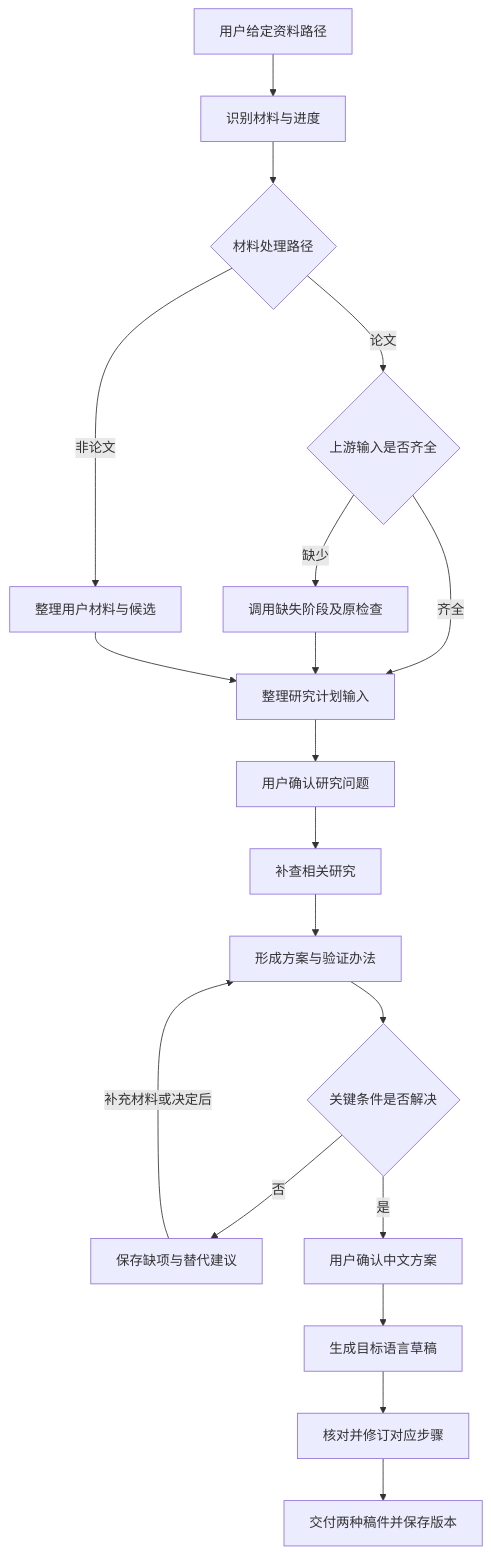
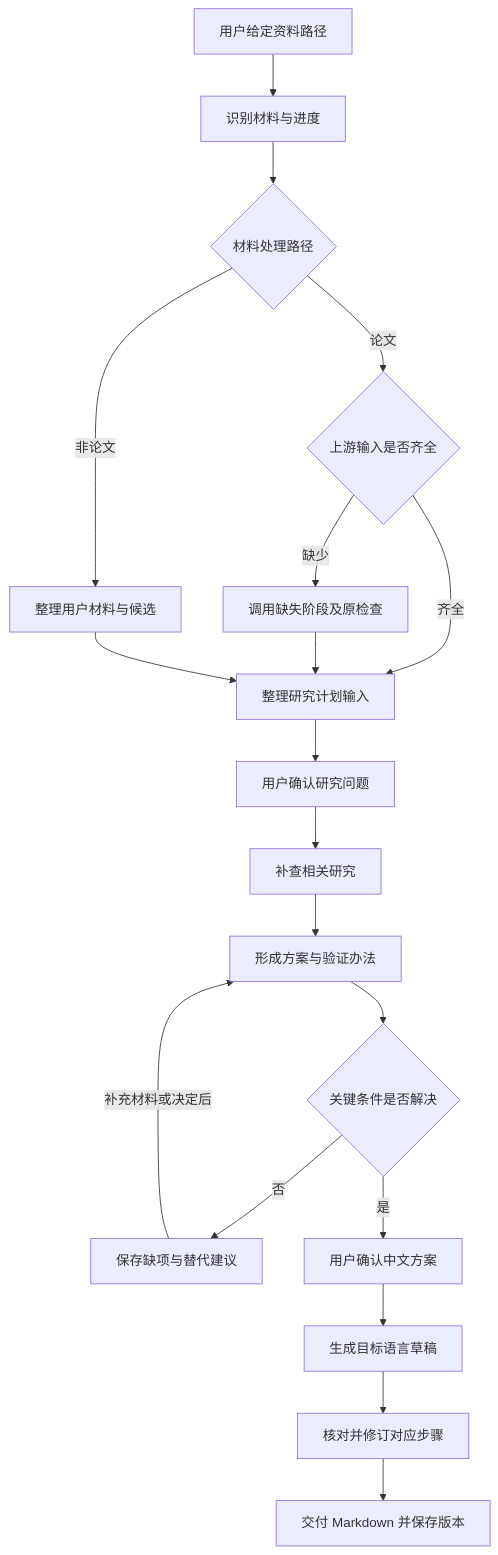
One commit to ScholarWorkflow/research-proposal changed the diagram in plan/implementation-plan.md. Above: the diagram before and after it, drawn with Mermaid. The commit also changed other lines of this file and 5 other files, not shown here.

````diff
--- a/plan/implementation-plan.md
+++ b/plan/implementation-plan.md
@@ -92,21 +92,21 @@
 ```mermaid
 flowchart TD
     A[用户给定资料路径] --> B[识别材料与进度]
     B --> C{材料处理路径}
     C -->|论文| D{上游输入是否齐全}
     D -->|齐全| G[整理研究计划输入]
     D -->|缺少| E[调用缺失阶段及原检查]
     E --> G
     C -->|非论文| F[整理用户材料与候选]
     F --> G
     G --> H[用户确认研究问题]
     H --> I[补查相关研究]
     I --> J[形成方案与验证办法]
     J --> K{关键条件是否解决}
     K -->|否| P[保存缺项与替代建议]
     P -->|补充材料或决定后| J
     K -->|是| L[用户确认中文方案]
     L --> M[生成目标语言草稿]
     M --> N[核对并修订对应步骤]
-    N --> O[交付两种稿件并保存版本]
+    N --> O[交付 Markdown 并保存版本]
 ```
````
